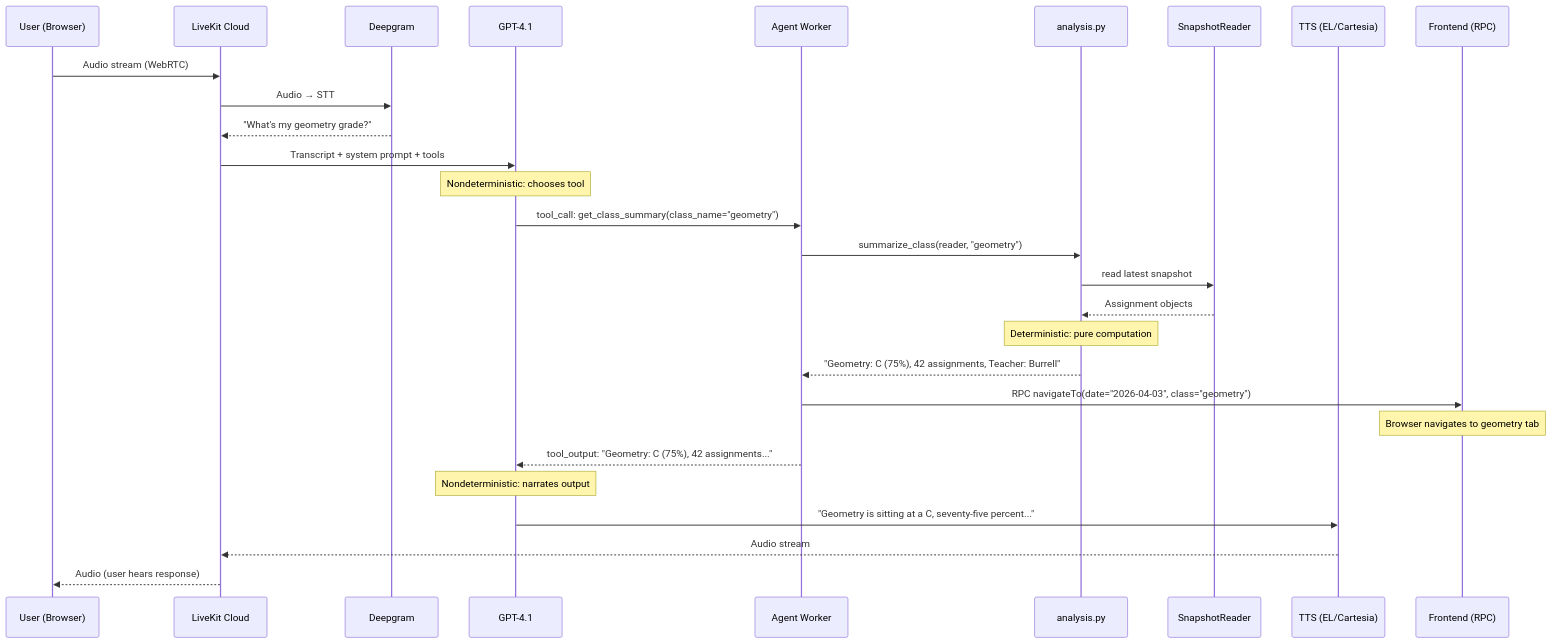
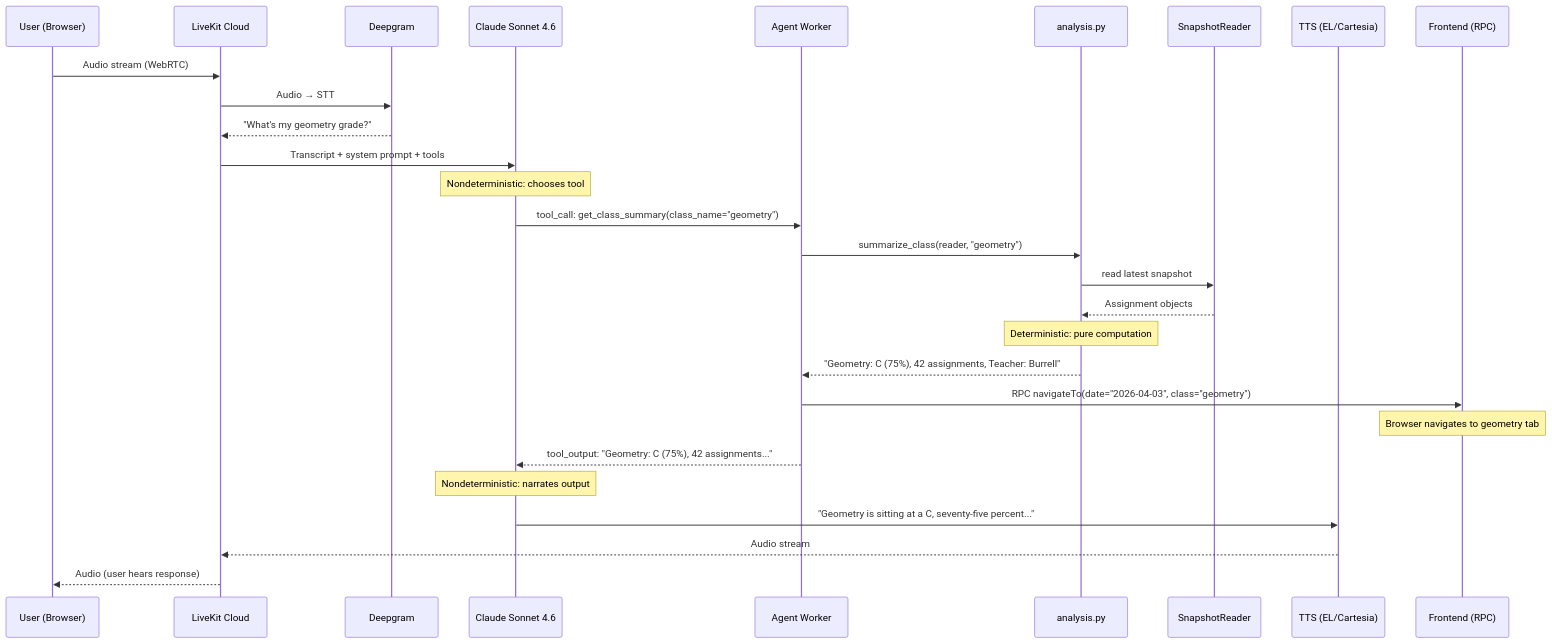
The second of 3 diagrams in docs/ARCHITECTURE.md (dlasley/sally-schoolwork), drawn with Mermaid before and after one commit. The commit also changed other lines of this file and 12 other files, not shown here.

````diff
--- a/docs/ARCHITECTURE.md
+++ b/docs/ARCHITECTURE.md
@@ -133,31 +133,31 @@
 ```mermaid
 sequenceDiagram
     participant U as User (Browser)
     participant LK as LiveKit Cloud
     participant DG as Deepgram
-    participant GPT as GPT-4.1
+    participant Claude as Claude Sonnet 4.6
     participant A as Agent Worker
     participant Py as analysis.py
     participant FS as SnapshotReader
     participant TTS as TTS (EL/Cartesia)
     participant FE as Frontend (RPC)
 
     U->>LK: Audio stream (WebRTC)
     LK->>DG: Audio → STT
     DG-->>LK: "What's my geometry grade?"
-    LK->>GPT: Transcript + system prompt + tools
-    Note over GPT: Nondeterministic: chooses tool
-    GPT->>A: tool_call: get_class_summary(class_name="geometry")
+    LK->>Claude: Transcript + system prompt + tools
+    Note over Claude: Nondeterministic: chooses tool
+    Claude->>A: tool_call: get_class_summary(class_name="geometry")
     A->>Py: summarize_class(reader, "geometry")
     Py->>FS: read latest snapshot
     FS-->>Py: Assignment objects
     Note over Py: Deterministic: pure computation
     Py-->>A: "Geometry: C (75%), 42 assignments, Teacher: Burrell"
     A->>FE: RPC navigateTo(date="2026-04-03", class="geometry")
     Note over FE: Browser navigates to geometry tab
-    A-->>GPT: tool_output: "Geometry: C (75%), 42 assignments..."
-    Note over GPT: Nondeterministic: narrates output
-    GPT->>TTS: "Geometry is sitting at a C, seventy-five percent..."
+    A-->>Claude: tool_output: "Geometry: C (75%), 42 assignments..."
+    Note over Claude: Nondeterministic: narrates output
+    Claude->>TTS: "Geometry is sitting at a C, seventy-five percent..."
     TTS-->>LK: Audio stream
     LK-->>U: Audio (user hears response)
 ```
````
